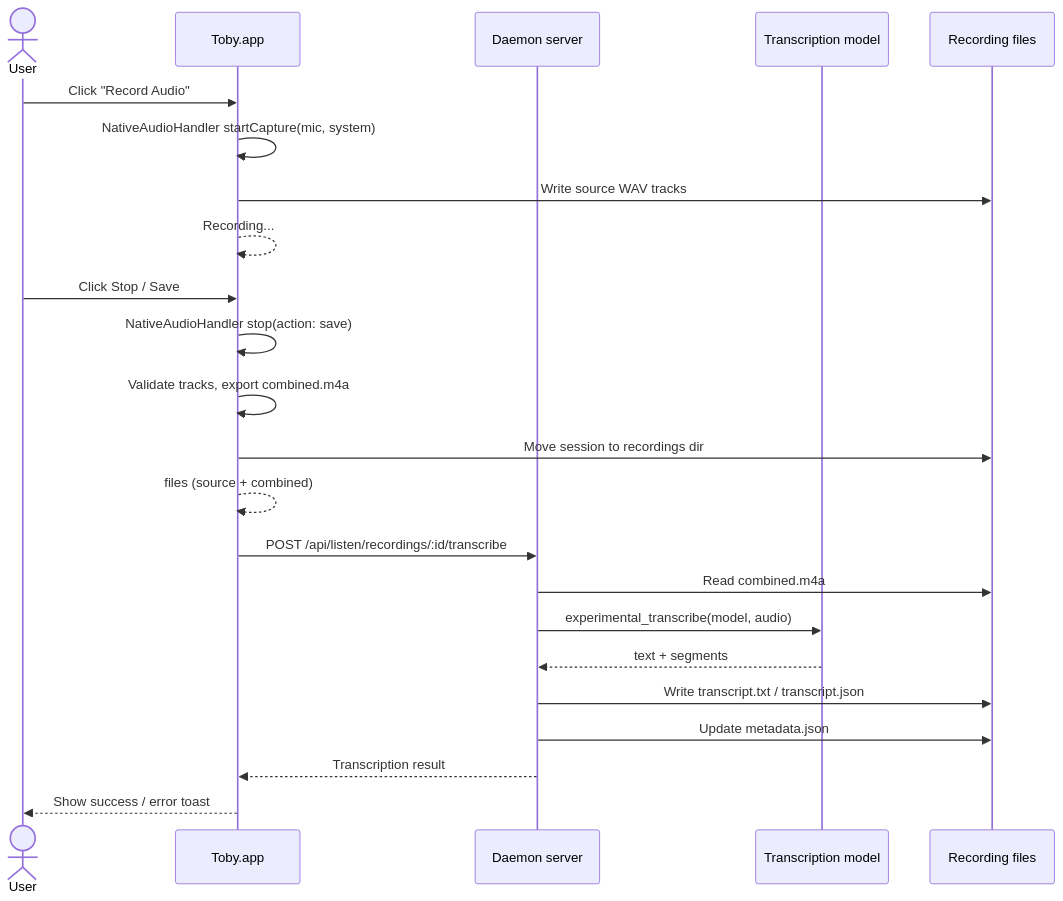
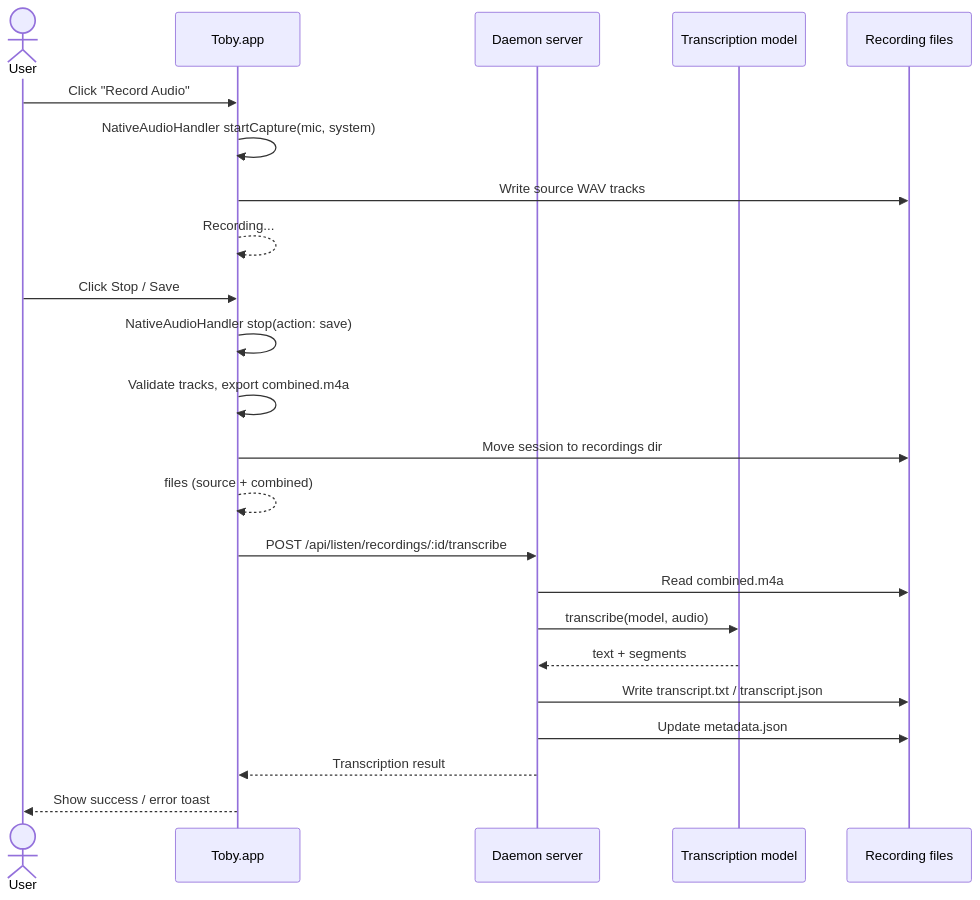
Before and after one commit to kshehadeh/toby: the diagram in docs/listen.md, drawn with Mermaid. The commit also changed other lines of this file and 10 other files, not shown here.

````diff
--- a/docs/listen.md
+++ b/docs/listen.md
@@ -75,28 +75,28 @@
 ```mermaid
 sequenceDiagram
     actor User
     participant App as Toby.app
     participant Daemon as Daemon server
     participant Model as Transcription model
     participant Files as Recording files
 
     User->>App: Click "Record Audio"
     App->>App: NativeAudioHandler startCapture(mic, system)
     App->>Files: Write source WAV tracks
     App-->>App: Recording...
 
     User->>App: Click Stop / Save
     App->>App: NativeAudioHandler stop(action: save)
     App->>App: Validate tracks, export combined.m4a
     App->>Files: Move session to recordings dir
     App-->>App: files (source + combined)
 
     App->>Daemon: POST /api/listen/recordings/:id/transcribe
     Daemon->>Files: Read combined.m4a
-    Daemon->>Model: experimental_transcribe(model, audio)
+    Daemon->>Model: transcribe(model, audio)
     Model-->>Daemon: text + segments
     Daemon->>Files: Write transcript.txt / transcript.json
     Daemon->>Files: Update metadata.json
     Daemon-->>App: Transcription result
     App-->>User: Show success / error toast
 ```
````
